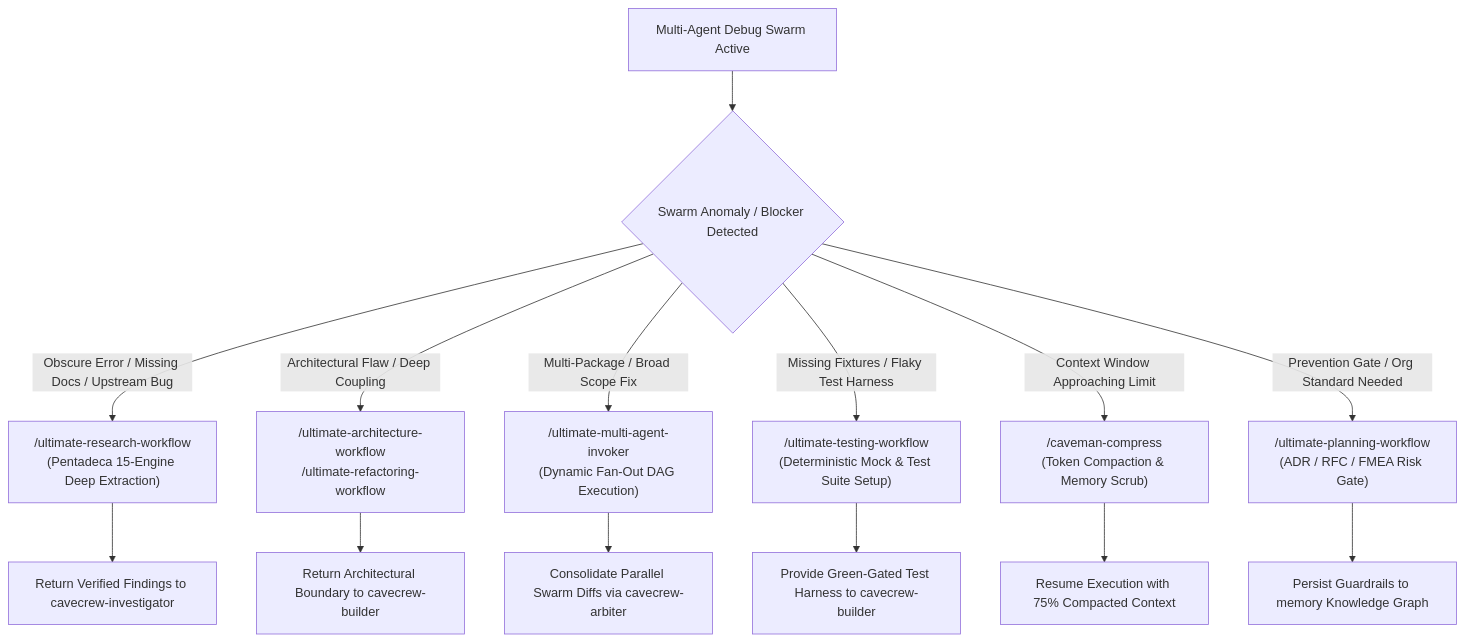
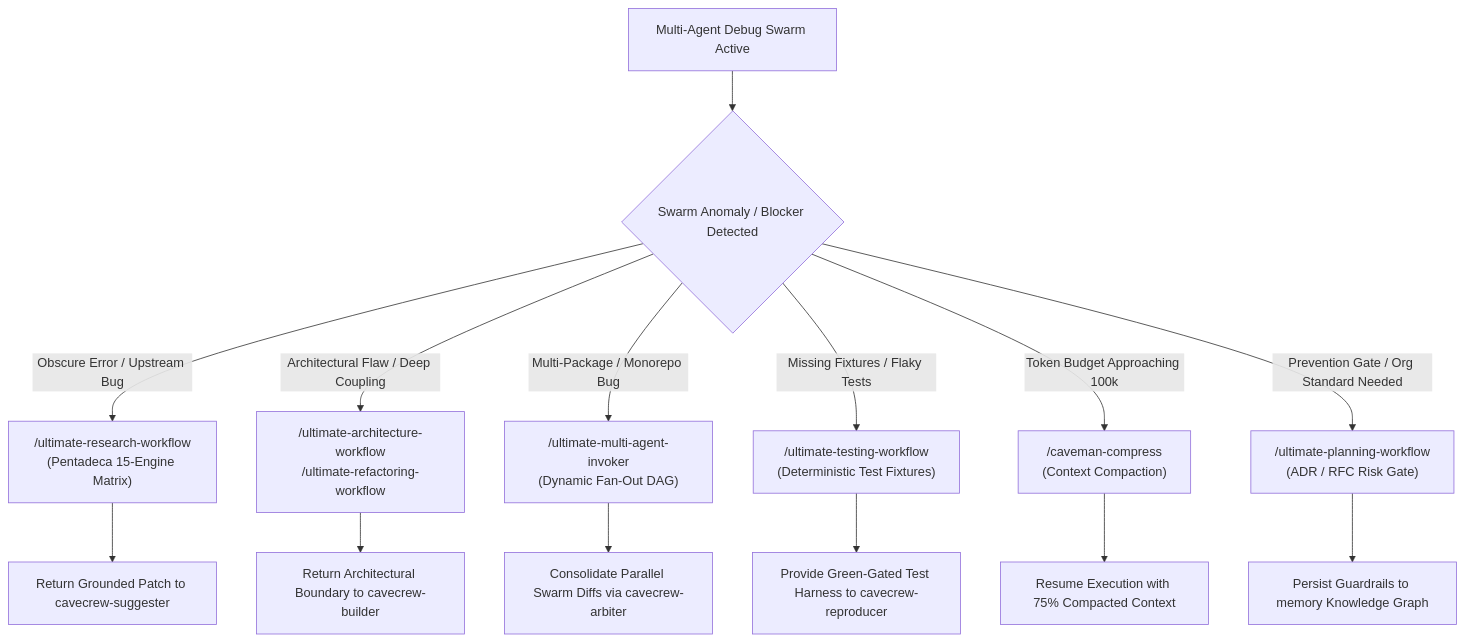
One commit to LorenzoBela/ultimate-workflows changed the second of 3 diagrams in universal/ultimate-debugging-workflow.md. Above: the diagram before and after it, drawn with Mermaid. The commit also changed other lines of this file and 1 other file, not shown here.

Commit message:
feat(debugging): upgrade /ultimate-debugging-workflow to 12/10 frontier APR & SBFL standard

````diff
--- a/universal/ultimate-debugging-workflow.md
+++ b/universal/ultimate-debugging-workflow.md
@@ -339,18 +309,18 @@
 ```mermaid
 flowchart TD
     D["Multi-Agent Debug Swarm Active"] --> C{"Swarm Anomaly / Blocker Detected"}
     
-    C -->|"Obscure Error / Missing Docs / Upstream Bug"| R["/ultimate-research-workflow<br/>(Pentadeca 15-Engine Deep Extraction)"]
+    C -->|"Obscure Error / Upstream Bug"| R["/ultimate-research-workflow<br/>(Pentadeca 15-Engine Matrix)"]
     C -->|"Architectural Flaw / Deep Coupling"| A["/ultimate-architecture-workflow<br/>/ultimate-refactoring-workflow"]
-    C -->|"Multi-Package / Broad Scope Fix"| M["/ultimate-multi-agent-invoker<br/>(Dynamic Fan-Out DAG Execution)"]
-    C -->|"Missing Fixtures / Flaky Test Harness"| T["/ultimate-testing-workflow<br/>(Deterministic Mock & Test Suite Setup)"]
-    C -->|"Context Window Approaching Limit"| CC["/caveman-compress<br/>(Token Compaction & Memory Scrub)"]
-    C -->|"Prevention Gate / Org Standard Needed"| P["/ultimate-planning-workflow<br/>(ADR / RFC / FMEA Risk Gate)"]
+    C -->|"Multi-Package / Monorepo Bug"| M["/ultimate-multi-agent-invoker<br/>(Dynamic Fan-Out DAG)"]
+    C -->|"Missing Fixtures / Flaky Tests"| T["/ultimate-testing-workflow<br/>(Deterministic Test Fixtures)"]
+    C -->|"Token Budget Approaching 100k"| CC["/caveman-compress<br/>(Context Compaction)"]
+    C -->|"Prevention Gate / Org Standard Needed"| P["/ultimate-planning-workflow<br/>(ADR / RFC Risk Gate)"]
     
-    R --> Ret["Return Verified Findings to cavecrew-investigator"]
+    R --> Ret["Return Grounded Patch to cavecrew-suggester"]
     A --> Ret2["Return Architectural Boundary to cavecrew-builder"]
     M --> Ret3["Consolidate Parallel Swarm Diffs via cavecrew-arbiter"]
-    T --> Ret4["Provide Green-Gated Test Harness to cavecrew-builder"]
+    T --> Ret4["Provide Green-Gated Test Harness to cavecrew-reproducer"]
     CC --> Ret5["Resume Execution with 75% Compacted Context"]
     P --> Ret6["Persist Guardrails to memory Knowledge Graph"]
 ```
````
